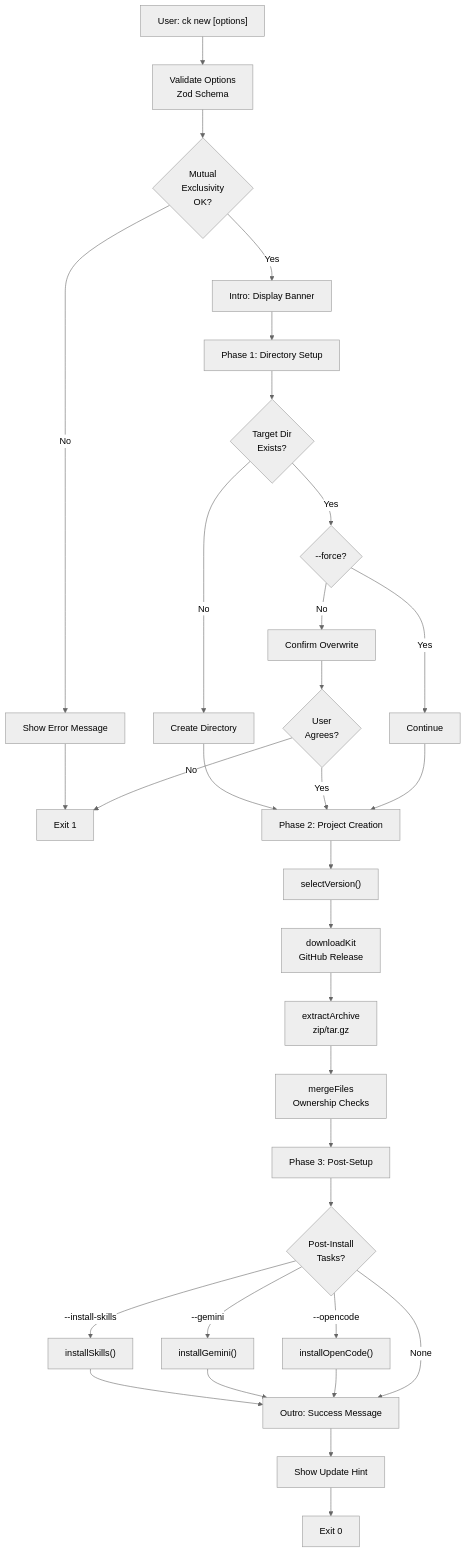
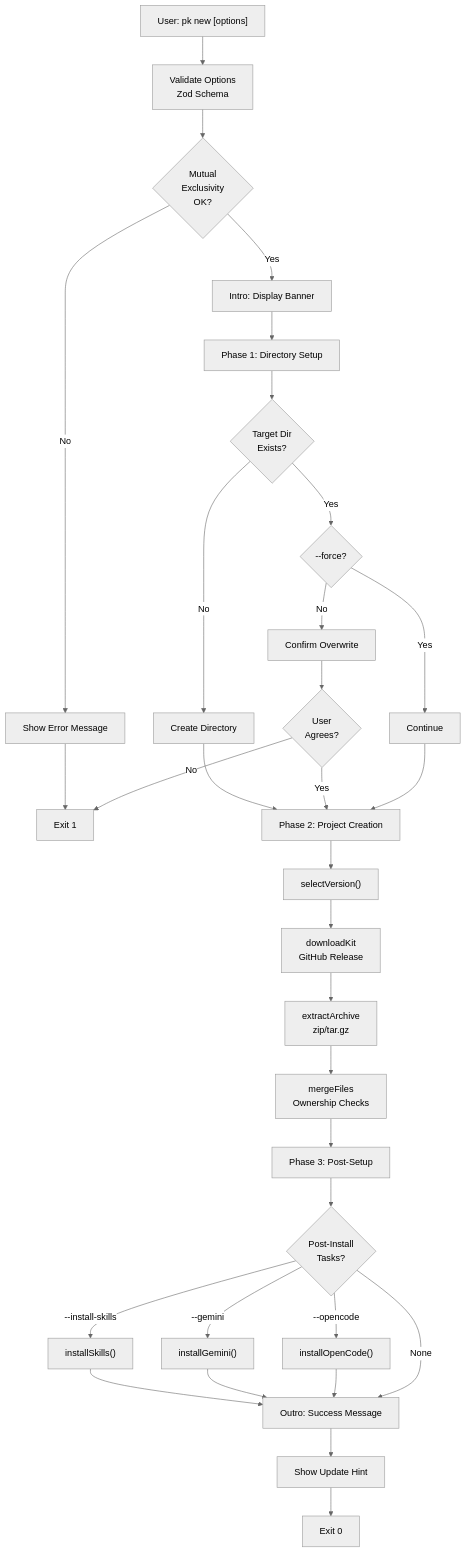
The second of 12 diagrams in docs/ck-command-flow-guide.md (sagozen/pankit-cli), drawn with Mermaid (neutral theme) before and after one commit. The commit also changed other lines of this file and 275 other files, not shown here.

````diff
--- a/docs/ck-command-flow-guide.md
+++ b/docs/ck-command-flow-guide.md
@@ -57,34 +57,34 @@
 ```mermaid
 flowchart TD
-    A["User: ck new [options]"] --> B["Validate Options<br/>Zod Schema"]
+    A["User: pk new [options]"] --> B["Validate Options<br/>Zod Schema"]
     B --> C{"Mutual<br/>Exclusivity<br/>OK?"}
     C -->|No| D["Show Error Message"]
     D --> E["Exit 1"]
     C -->|Yes| F["Intro: Display Banner"]
     F --> G["Phase 1: Directory Setup"]
     G --> H{"Target Dir<br/>Exists?"}
     H -->|No| I["Create Directory"]
     H -->|Yes| J{"--force?"}
     J -->|No| K["Confirm Overwrite"]
     J -->|Yes| L["Continue"]
     I --> M["Phase 2: Project Creation"]
     K --> N{"User<br/>Agrees?"}
     N -->|No| E
     N -->|Yes| M
     L --> M
     M --> O["selectVersion()"]
     O --> P["downloadKit<br/>GitHub Release"]
     P --> Q["extractArchive<br/>zip/tar.gz"]
     Q --> R["mergeFiles<br/>Ownership Checks"]
     R --> S["Phase 3: Post-Setup"]
     S --> T{"Post-Install<br/>Tasks?"}
     T -->|--install-skills| U["installSkills()"]
     T -->|--gemini| V["installGemini()"]
     T -->|--opencode| W["installOpenCode()"]
     U --> X["Outro: Success Message"]
     V --> X
     W --> X
     T -->|None| X
     X --> Y["Show Update Hint"]
     Y --> Z["Exit 0"]
 ```
````
